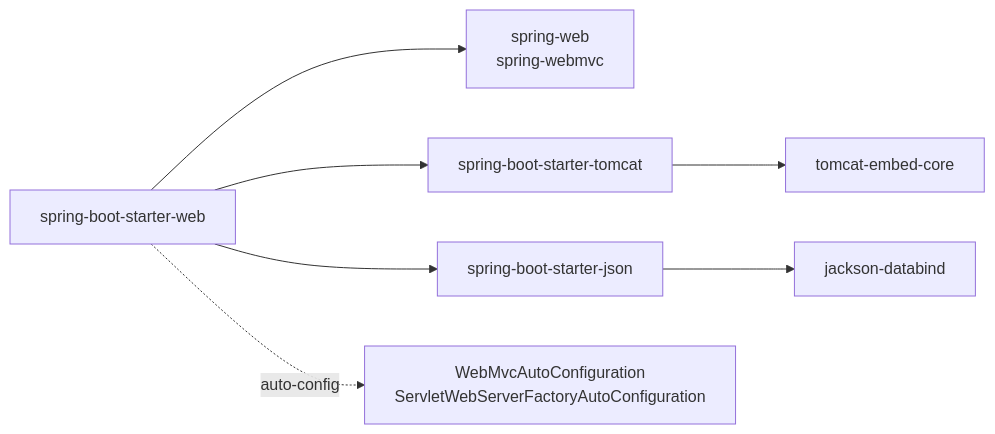
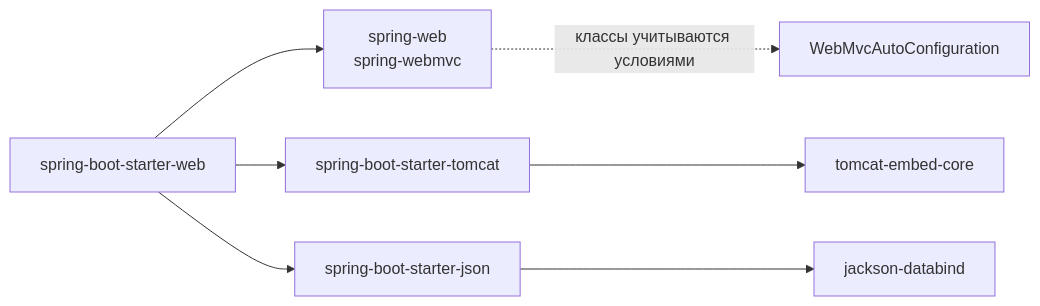
The first of 8 diagrams in cheatsheets/interview/frameworks/spring/spring-boot-interview.md (akeverus/cheat-sheet), drawn with Mermaid before and after one commit. The commit also changed other lines of this file and 154 other files, not shown here.

````diff
--- a/cheatsheets/interview/frameworks/spring/spring-boot-interview.md
+++ b/cheatsheets/interview/frameworks/spring/spring-boot-interview.md
@@ -230,9 +227,9 @@
 ```mermaid
 graph LR
     A["spring-boot-starter-web"] --> B["spring-web<br/>spring-webmvc"]
     A --> C["spring-boot-starter-tomcat"]
     A --> D["spring-boot-starter-json"]
     C --> E["tomcat-embed-core"]
     D --> F["jackson-databind"]
-    A -.->|"auto-config"| G["WebMvcAutoConfiguration<br/>ServletWebServerFactoryAutoConfiguration"]
+    B -.->|"классы учитываются условиями"| G["WebMvcAutoConfiguration"]
 ```
````
